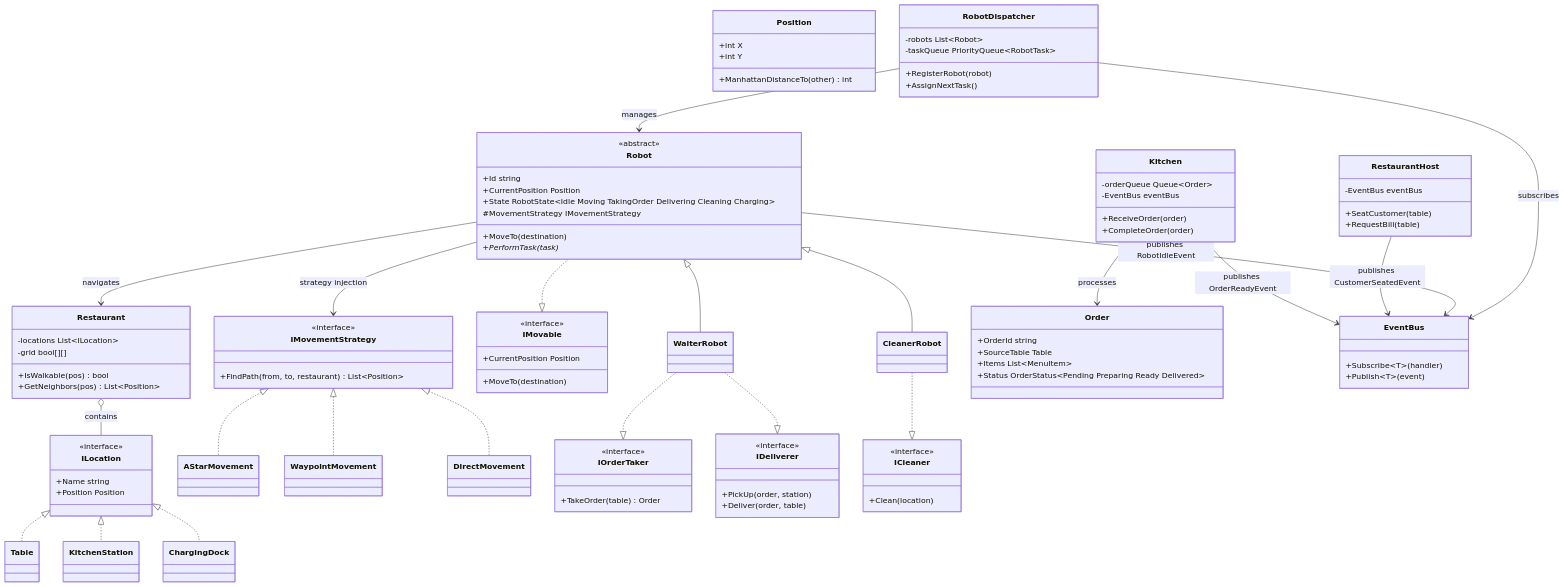
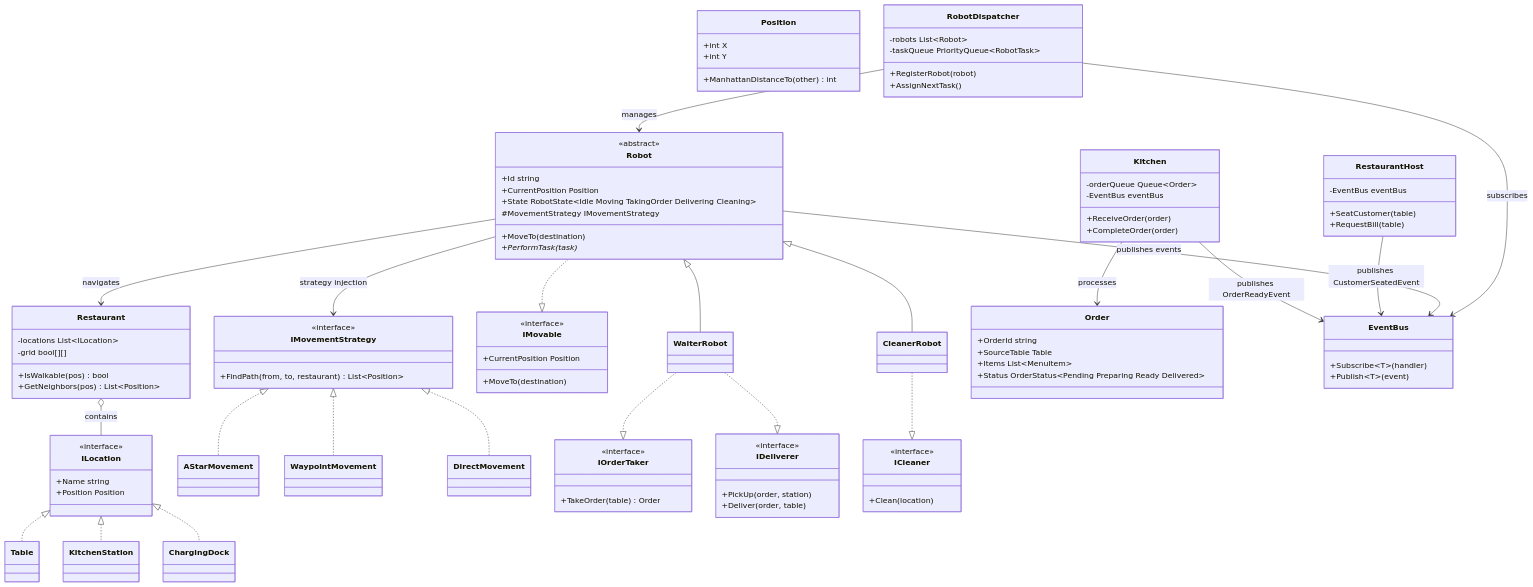
The third of 15 diagrams in Vault/Assets/Sr. AI Engineer - OOD Interview Prep.md (grafanaKibana/devbook.zip), drawn with Mermaid before and after one commit. The commit also changed other lines of this file, not shown here.

```diff
--- a/Vault/Assets/Sr. AI Engineer - OOD Interview Prep.md
+++ b/Vault/Assets/Sr. AI Engineer - OOD Interview Prep.md
@@ -975,7 +975,7 @@
         <<abstract>>
         +Id string
         +CurrentPosition Position
-        +State RobotState~Idle Moving TakingOrder Delivering Cleaning Charging~
+        +State RobotState~Idle Moving TakingOrder Delivering Cleaning~
         #MovementStrategy IMovementStrategy
         +MoveTo(destination)
         +PerformTask(task)*
@@ -1049,7 +1049,7 @@
 
     Kitchen --> EventBus : publishes OrderReadyEvent
     RestaurantHost --> EventBus : publishes CustomerSeatedEvent
-    Robot --> EventBus : publishes RobotIdleEvent
+    Robot --> EventBus : publishes events
     RobotDispatcher --> EventBus : subscribes
     RobotDispatcher --> Robot : manages
     Kitchen --> Order : processes
```
